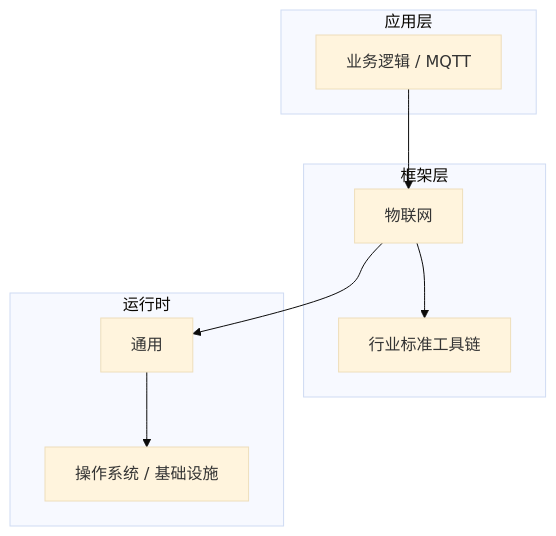
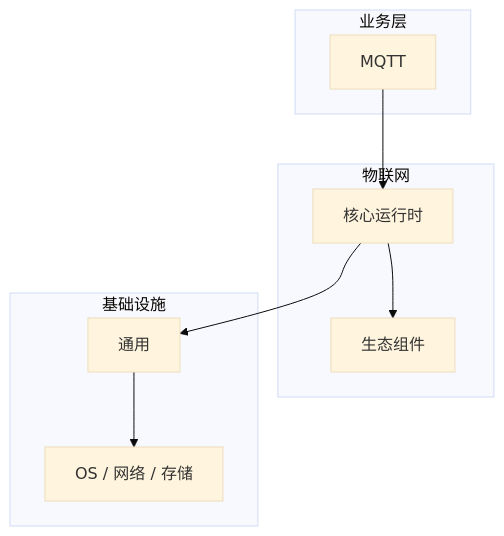
One commit to yanggan2015/knowledge-json-v2 changed the diagram in articles/物联网/chapters/021-MQTT核心概念与原理.md. Above: the diagram before and after it, drawn with Mermaid (base theme). The commit also changed other lines of this file and 10127 other files, not shown here.

````diff
--- a/articles/物联网/chapters/021-MQTT核心概念与原理.md
+++ b/articles/物联网/chapters/021-MQTT核心概念与原理.md
@@ -45,18 +30,18 @@
 ```mermaid
 graph TB
-    subgraph 应用层
-        A[业务逻辑 / MQTT]
+    subgraph 业务层
+        A[MQTT]
     end
-    subgraph 框架层
-        B[物联网]
-        C[行业标准工具链]
+    subgraph 物联网
+        B[核心运行时]
+        C[生态组件]
     end
-    subgraph 运行时
+    subgraph 基础设施
         D[通用]
-        E[操作系统 / 基础设施]
+        E[OS / 网络 / 存储]
     end
     A --> B
     B --> C
     B --> D
     D --> E
 ```
````
